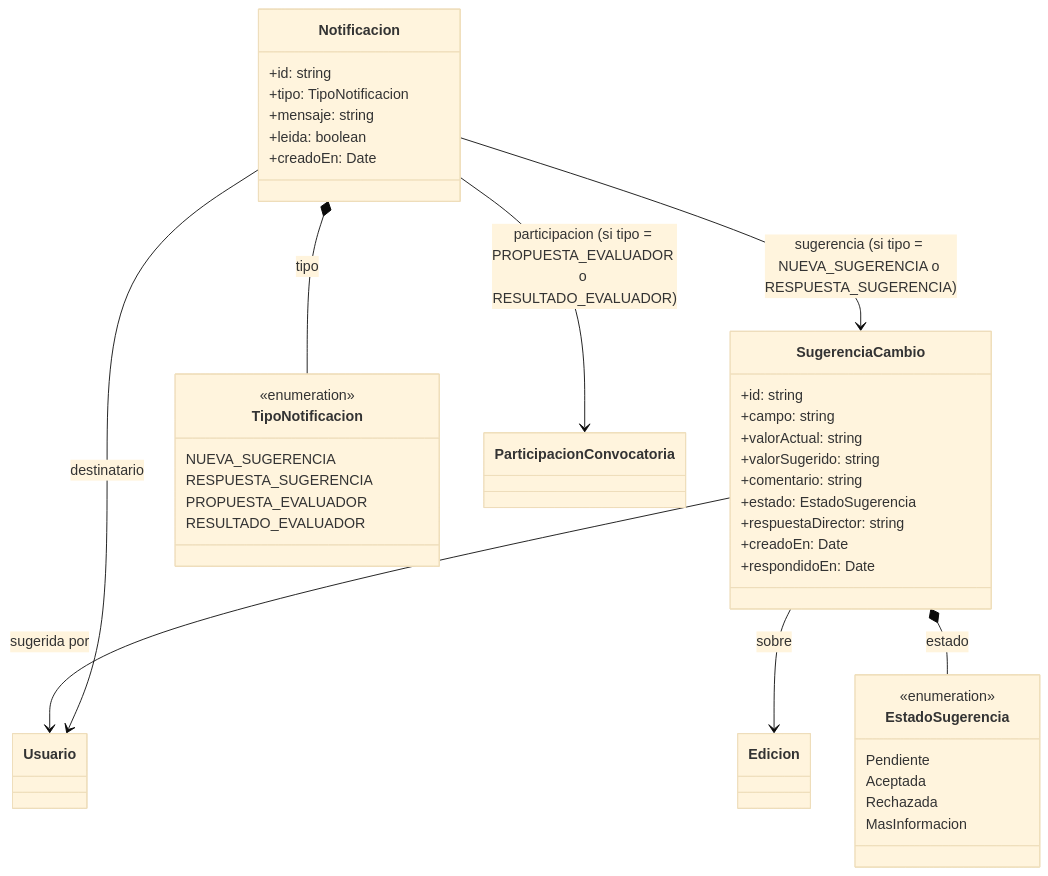
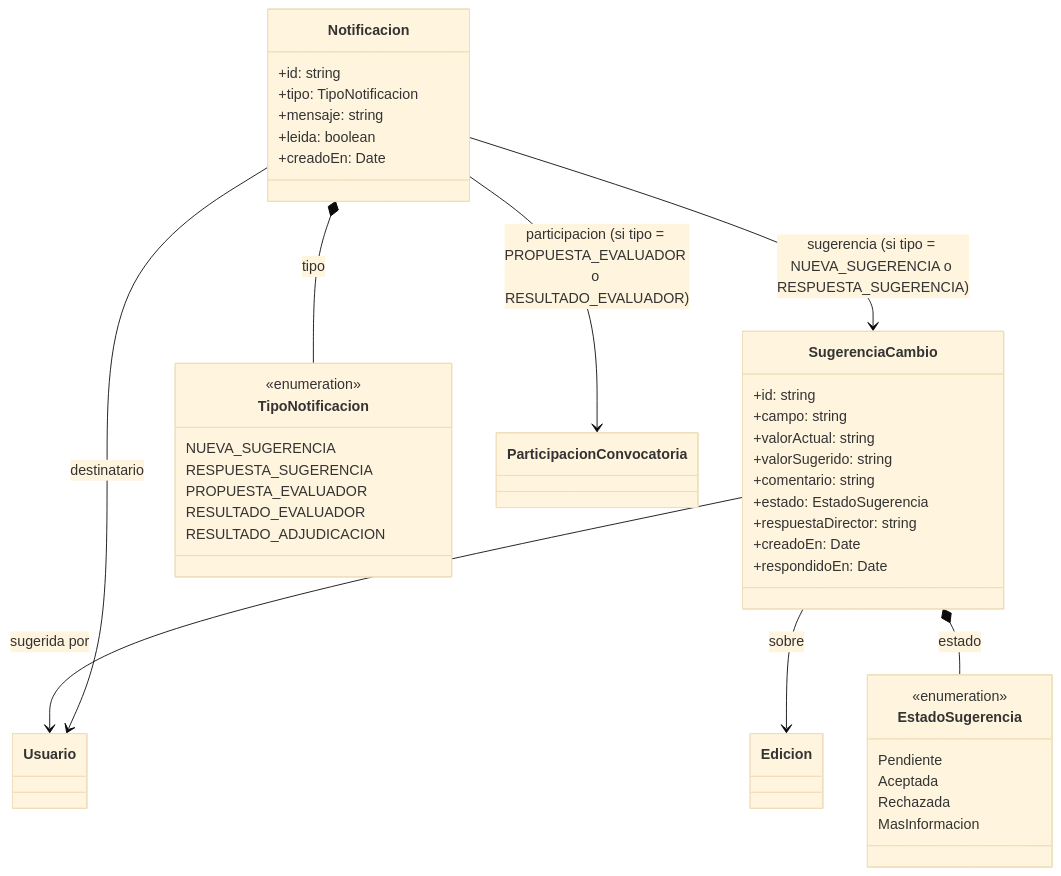
One commit to TPP-UBANEX/UBANEX changed the fifth of 10 diagrams in docs/dominio/modelo.md. Above: the diagram before and after it, drawn with Mermaid (base theme). The commit also changed other lines of this file and 3 other files, not shown here.

````diff
--- a/docs/dominio/modelo.md
+++ b/docs/dominio/modelo.md
@@ -442,47 +475,48 @@
 ```mermaid
 classDiagram
     class SugerenciaCambio {
         +id: string
         +campo: string
         +valorActual: string
         +valorSugerido: string
         +comentario: string
         +estado: EstadoSugerencia
         +respuestaDirector: string
         +creadoEn: Date
         +respondidoEn: Date
     }
 
     class EstadoSugerencia {
         <<enumeration>>
         Pendiente
         Aceptada
         Rechazada
         MasInformacion
     }
 
     class Notificacion {
         +id: string
         +tipo: TipoNotificacion
         +mensaje: string
         +leida: boolean
         +creadoEn: Date
     }
 
     class TipoNotificacion {
         <<enumeration>>
         NUEVA_SUGERENCIA
         RESPUESTA_SUGERENCIA
         PROPUESTA_EVALUADOR
         RESULTADO_EVALUADOR
+        RESULTADO_ADJUDICACION
     }
 
     SugerenciaCambio --> Edicion : sobre
     SugerenciaCambio --> Usuario : sugerida por
     SugerenciaCambio *-- EstadoSugerencia : estado
 
     Notificacion --> Usuario : destinatario
     Notificacion --> SugerenciaCambio : sugerencia (si tipo = NUEVA_SUGERENCIA o RESPUESTA_SUGERENCIA)
     Notificacion --> ParticipacionConvocatoria : participacion (si tipo = PROPUESTA_EVALUADOR o RESULTADO_EVALUADOR)
     Notificacion *-- TipoNotificacion : tipo
 ```
````
